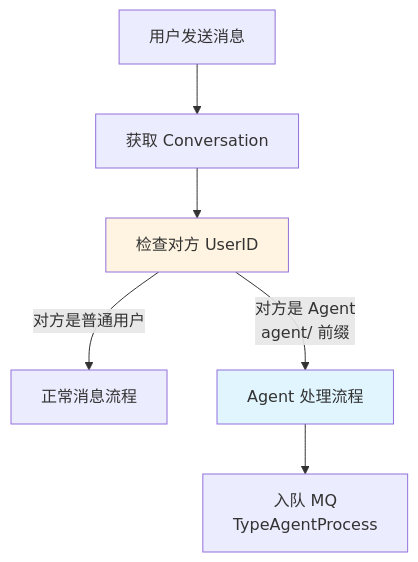
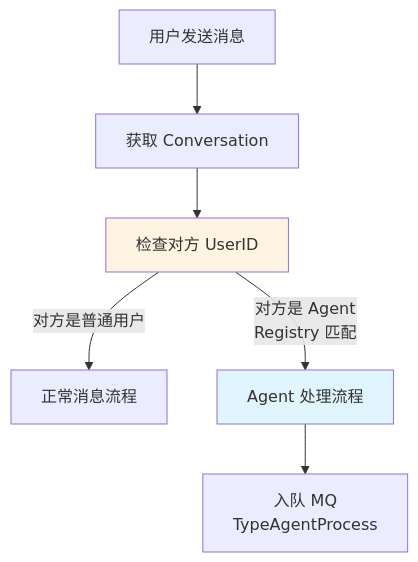
Before and after one commit to PineappleBond/xyncra-server: the second of 26 diagrams in docs/plans/2026-07-10-agent-system-design.md, drawn with Mermaid. The commit also changed other lines of this file and 95 other files, not shown here.

First line of the commit message:
refactor(agent): replace prefix-based agent identification with registry exact match

````diff
--- a/docs/plans/2026-07-10-agent-system-design.md
+++ b/docs/plans/2026-07-10-agent-system-design.md
@@ -133,11 +133,11 @@
 ```mermaid
 graph TB
     SendMsg[用户发送消息] --> GetConv[获取 Conversation]
     GetConv --> CheckPeer[检查对方 UserID]
     CheckPeer -->|对方是普通用户| NormalFlow[正常消息流程]
-    CheckPeer -->|对方是 Agent<br/>agent/ 前缀| AgentFlow[Agent 处理流程]
+    CheckPeer -->|对方是 Agent<br/>Registry 匹配| AgentFlow[Agent 处理流程]
     AgentFlow --> EnqueueMQ[入队 MQ<br/>TypeAgentProcess]
     
     style CheckPeer fill:#fff4e1
     style AgentFlow fill:#e1f5ff
 ```
````
